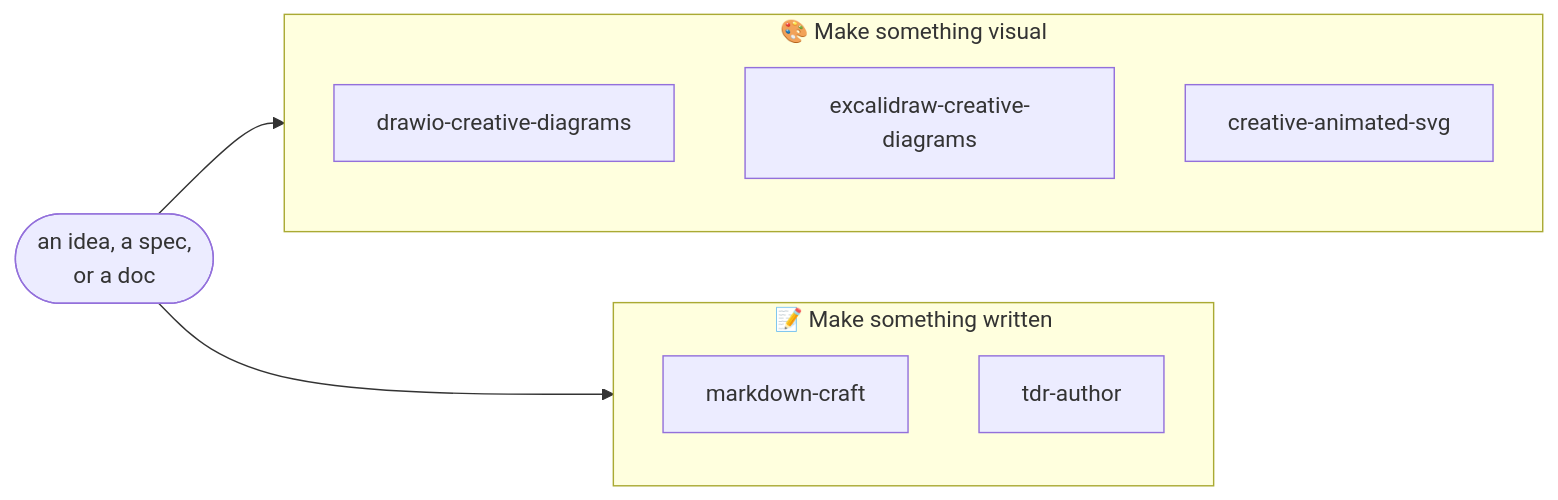
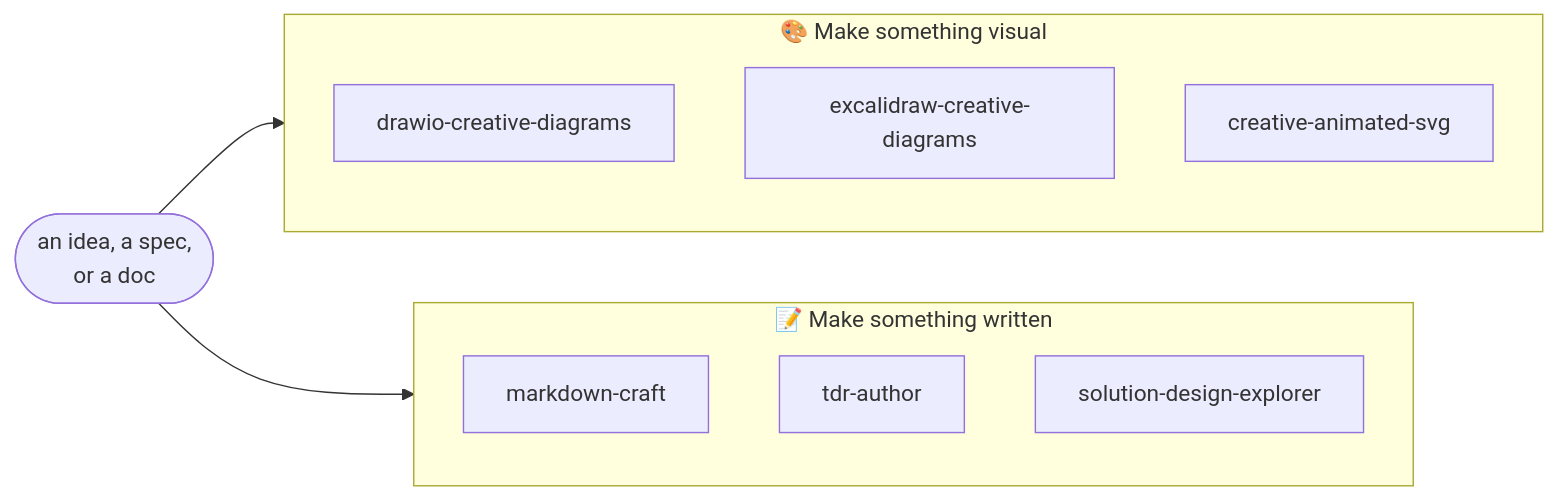
Before and after one commit to vinayagrw/claude-skills: the first of 2 diagrams in README.md, drawn with Mermaid. The commit also changed other lines of this file and 8 other files, not shown here.

First line of the commit message:
Add solution-design-explorer skill

````diff
--- a/README.md
+++ b/README.md
@@ -30,14 +30,15 @@
 ```mermaid
 flowchart LR
     subgraph Visuals["🎨 Make something visual"]
         A["drawio-creative-diagrams"]
         B["excalidraw-creative-diagrams"]
         C["creative-animated-svg"]
     end
     subgraph Docs["📝 Make something written"]
         D["markdown-craft"]
         E["tdr-author"]
+        F["solution-design-explorer"]
     end
     idea(["an idea, a spec,<br/>or a doc"]) --> Visuals
     idea --> Docs
 ```
````
